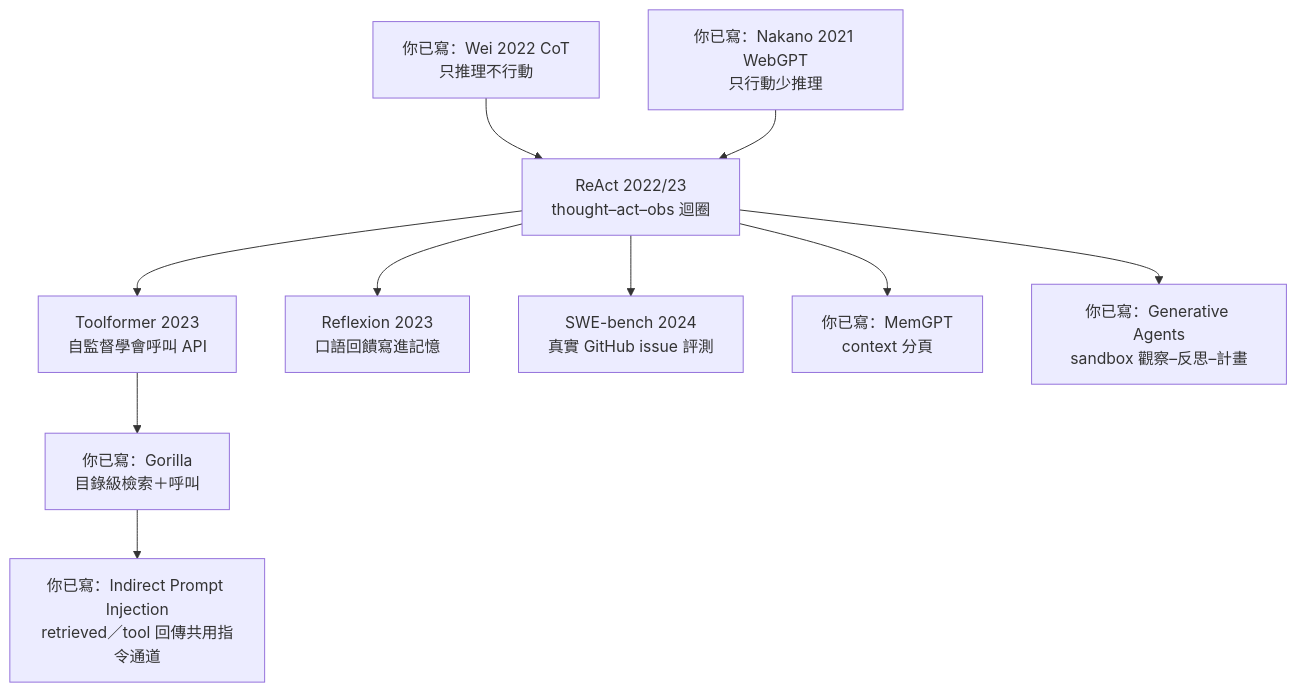
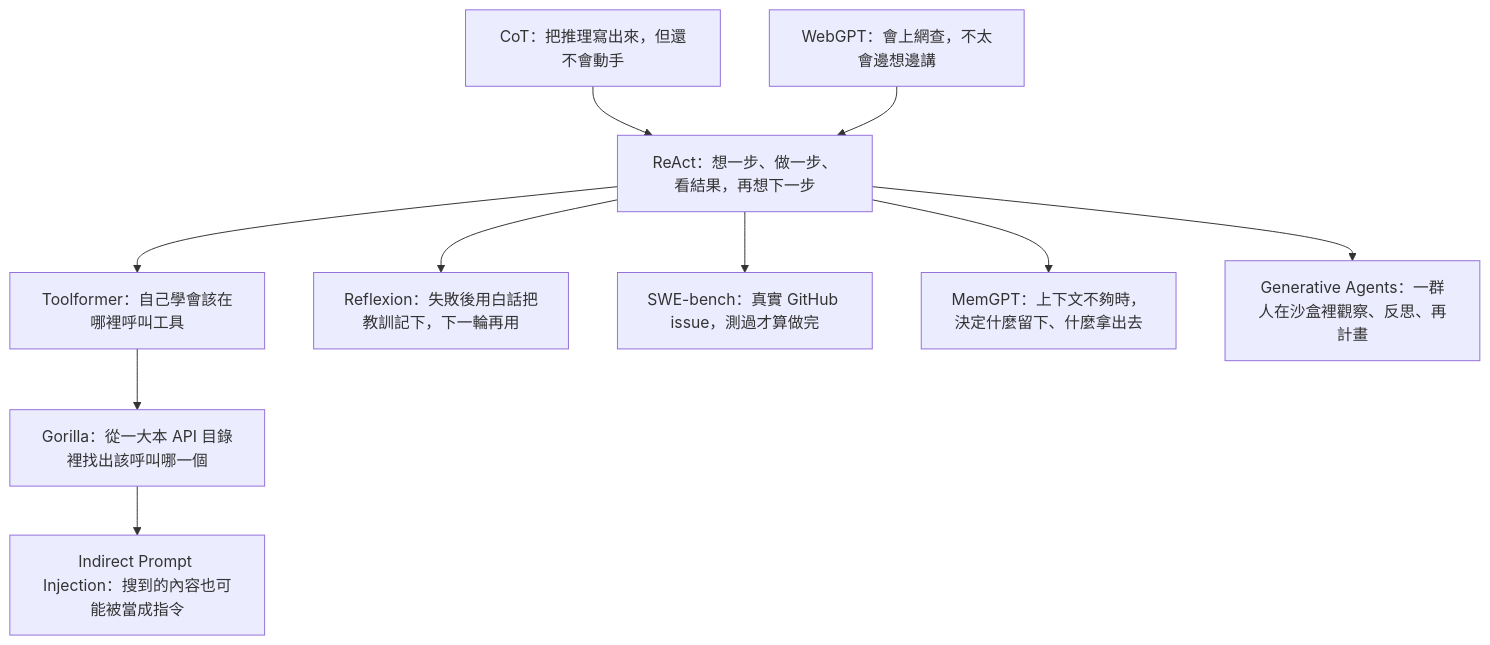
The diagram in src/content/blog/91-agent-method-foundation-reading-map.md (poirotw66/poirotw66.github.io), drawn with Mermaid before and after one commit. The commit also changed other lines of this file and 1 other file, not shown here.

Commit message:
91 spine diagram in plain language
Replace mermaid node labels with human-readable ZH/EN copy;
drop 「你已寫」 / "on this site" prefixes and jargon-only labels.
Topology unchanged; rewrite spine caption to match.

````diff
--- a/src/content/blog/91-agent-method-foundation-reading-map.md
+++ b/src/content/blog/91-agent-method-foundation-reading-map.md
@@ -46,14 +46,14 @@
 ```mermaid
 flowchart TB
-  CoT["你已寫：Wei 2022 CoT<br/>只推理不行動"]
-  WebGPT["你已寫：Nakano 2021 WebGPT<br/>只行動少推理"]
-  CoT --> ReAct["ReAct 2022/23<br/>thought–act–obs 迴圈"]
+  CoT["CoT：把推理寫出來，但還不會動手"]
+  WebGPT["WebGPT：會上網查，不太會邊想邊講"]
+  CoT --> ReAct["ReAct：想一步、做一步、看結果，再想下一步"]
   WebGPT --> ReAct
-  ReAct --> Toolformer["Toolformer 2023<br/>自監督學會呼叫 API"]
-  ReAct --> Reflexion["Reflexion 2023<br/>口語回饋寫進記憶"]
-  ReAct --> SWEb["SWE-bench 2024<br/>真實 GitHub issue 評測"]
-  ReAct --> MemGPT["你已寫：MemGPT<br/>context 分頁"]
-  ReAct --> GenAgents["你已寫：Generative Agents<br/>sandbox 觀察–反思–計畫"]
-  Toolformer --> Gorilla["你已寫：Gorilla<br/>目錄級檢索＋呼叫"]
-  Gorilla --> IPI["你已寫：Indirect Prompt Injection<br/>retrieved／tool 回傳共用指令通道"]
+  ReAct --> Toolformer["Toolformer：自己學會該在哪裡呼叫工具"]
+  ReAct --> Reflexion["Reflexion：失敗後用白話把教訓記下，下一輪再用"]
+  ReAct --> SWEb["SWE-bench：真實 GitHub issue，測過才算做完"]
+  ReAct --> MemGPT["MemGPT：上下文不夠時，決定什麼留下、什麼拿出去"]
+  ReAct --> GenAgents["Generative Agents：一群人在沙盒裡觀察、反思、再計畫"]
+  Toolformer --> Gorilla["Gorilla：從一大本 API 目錄裡找出該呼叫哪一個"]
+  Gorilla --> IPI["Indirect Prompt Injection：搜到的內容也可能被當成指令"]
 ```
````
